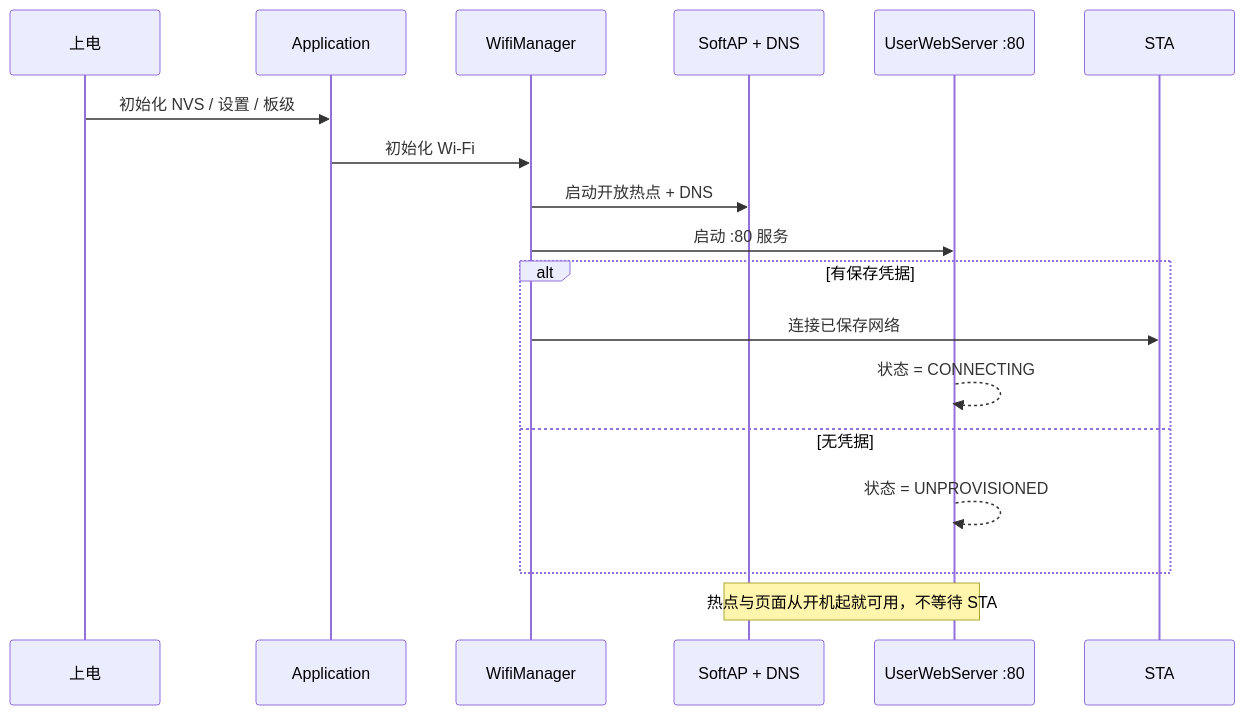
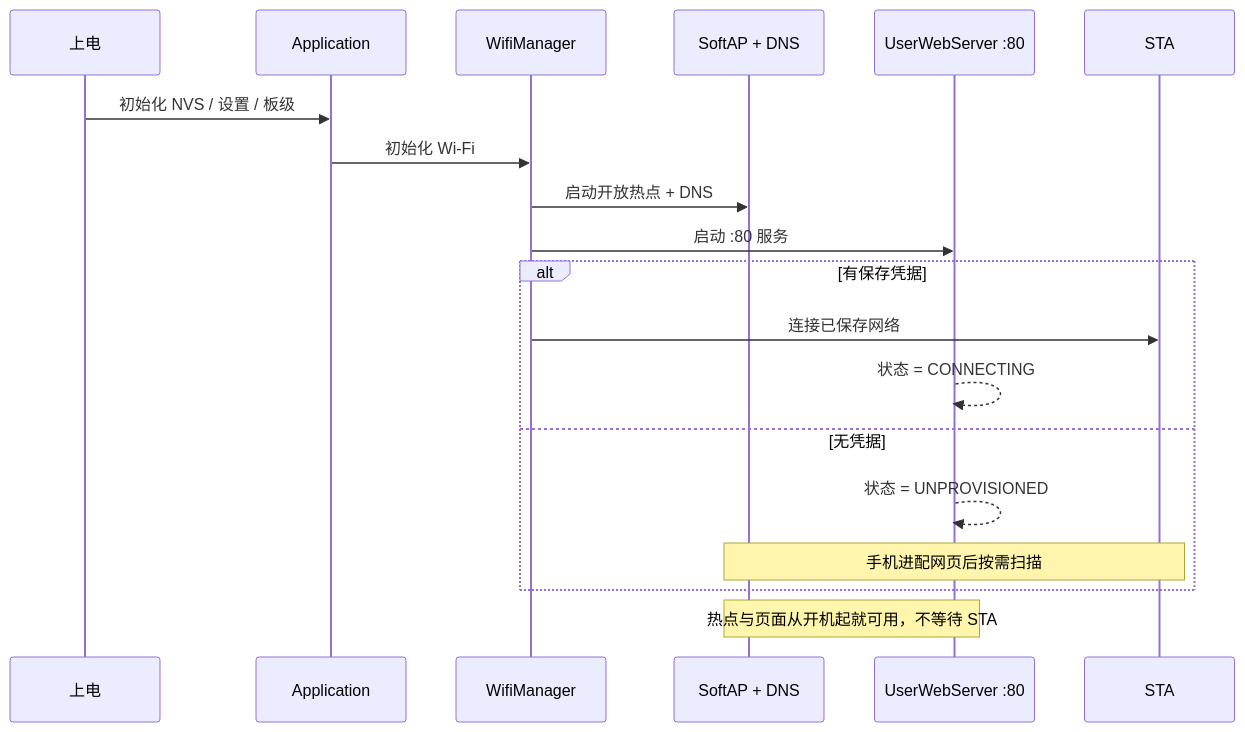
The fourth of 8 diagrams in docs/wzh/web/wzh_device_web_flow_2026-11-08.md (zylz-Project/xiaozhi_pro), drawn with Mermaid before and after one commit. The commit also changed other lines of this file and 197 other files, not shown here.

````diff
--- a/docs/wzh/web/wzh_device_web_flow_2026-11-08.md
+++ b/docs/wzh/web/wzh_device_web_flow_2026-11-08.md
@@ -312,20 +312,21 @@
 ```mermaid
 sequenceDiagram
   participant Boot as 上电
   participant App as Application
   participant WM as WifiManager
   participant AP as SoftAP + DNS
   participant Web as UserWebServer :80
   participant STA as STA
   Boot->>App: 初始化 NVS / 设置 / 板级
   App->>WM: 初始化 Wi-Fi
   WM->>AP: 启动开放热点 + DNS
   WM->>Web: 启动 :80 服务
   alt 有保存凭据
     WM->>STA: 连接已保存网络
     Web-->>Web: 状态 = CONNECTING
   else 无凭据
     Web-->>Web: 状态 = UNPROVISIONED
+    Note over AP,STA: 手机进配网页后按需扫描
   end
   Note over AP,Web: 热点与页面从开机起就可用，不等待 STA
 ```
````
